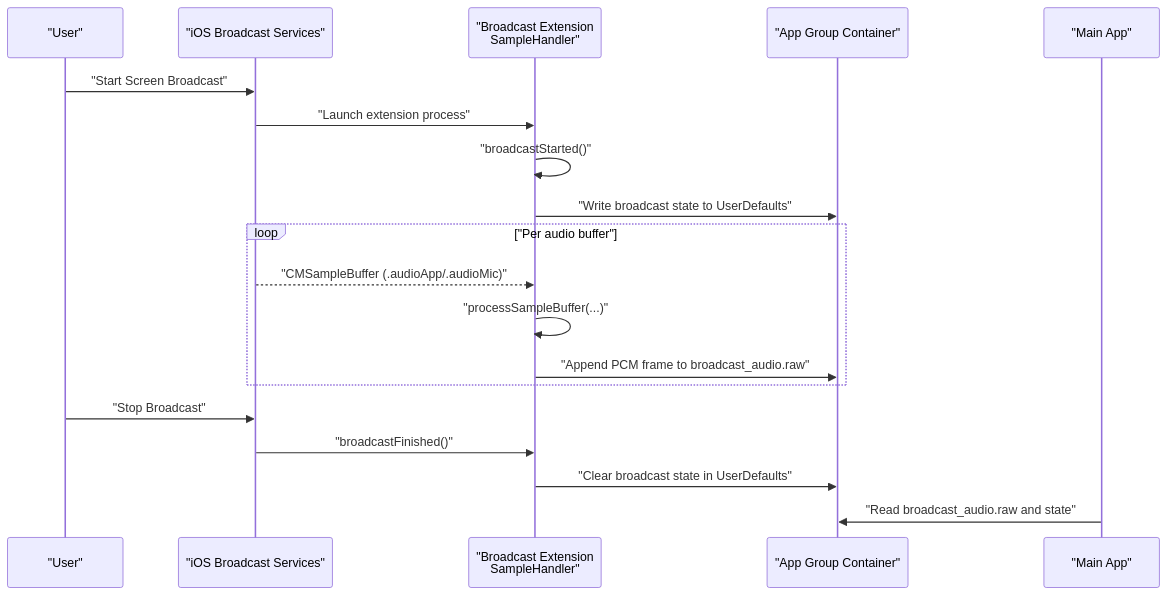
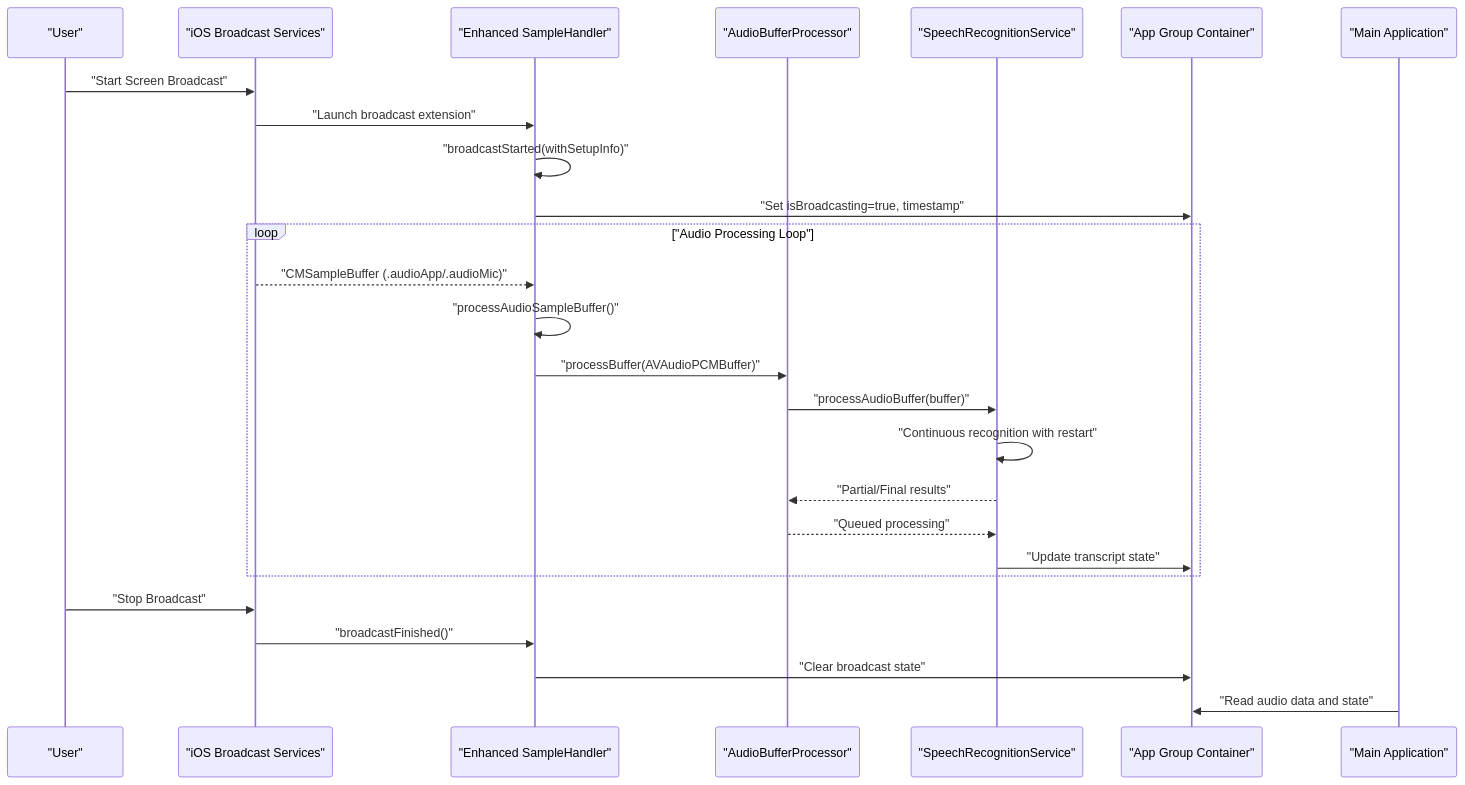
Before and after one commit to alexandreybasta-cyber/factshield-ios: the second of 5 diagrams in .qoder/repowiki/en/content/System Integration/Broadcast Extension.md, drawn with Mermaid. The commit also changed other lines of this file and 97 other files, not shown here.

````diff
--- a/.qoder/repowiki/en/content/System Integration/Broadcast Extension.md
+++ b/.qoder/repowiki/en/content/System Integration/Broadcast Extension.md
@@ -120,21 +126,28 @@
 ```mermaid
 sequenceDiagram
 participant User as "User"
 participant iOS as "iOS Broadcast Services"
-participant Ext as "Broadcast Extension<br/>SampleHandler"
+participant Ext as "Enhanced SampleHandler"
+participant Buffer as "AudioBufferProcessor"
+participant SR as "SpeechRecognitionService"
 participant AppGroup as "App Group Container"
-participant MainApp as "Main App"
+participant MainApp as "Main Application"
 User->>iOS : "Start Screen Broadcast"
-iOS->>Ext : "Launch extension process"
-Ext->>Ext : "broadcastStarted()"
-Ext->>AppGroup : "Write broadcast state to UserDefaults"
-loop "Per audio buffer"
+iOS->>Ext : "Launch broadcast extension"
+Ext->>Ext : "broadcastStarted(withSetupInfo)"
+Ext->>AppGroup : "Set isBroadcasting=true, timestamp"
+loop "Audio Processing Loop"
 iOS-->>Ext : "CMSampleBuffer (.audioApp/.audioMic)"
-Ext->>Ext : "processSampleBuffer(...)"
-Ext->>AppGroup : "Append PCM frame to broadcast_audio.raw"
+Ext->>Ext : "processAudioSampleBuffer()"
+Ext->>Buffer : "processBuffer(AVAudioPCMBuffer)"
+Buffer->>SR : "processAudioBuffer(buffer)"
+SR->>SR : "Continuous recognition with restart"
+SR-->>Buffer : "Partial/Final results"
+Buffer-->>SR : "Queued processing"
+SR->>AppGroup : "Update transcript state"
 end
 User->>iOS : "Stop Broadcast"
 iOS->>Ext : "broadcastFinished()"
-Ext->>AppGroup : "Clear broadcast state in UserDefaults"
-MainApp->>AppGroup : "Read broadcast_audio.raw and state"
+Ext->>AppGroup : "Clear broadcast state"
+MainApp->>AppGroup : "Read audio data and state"
 ```
````
